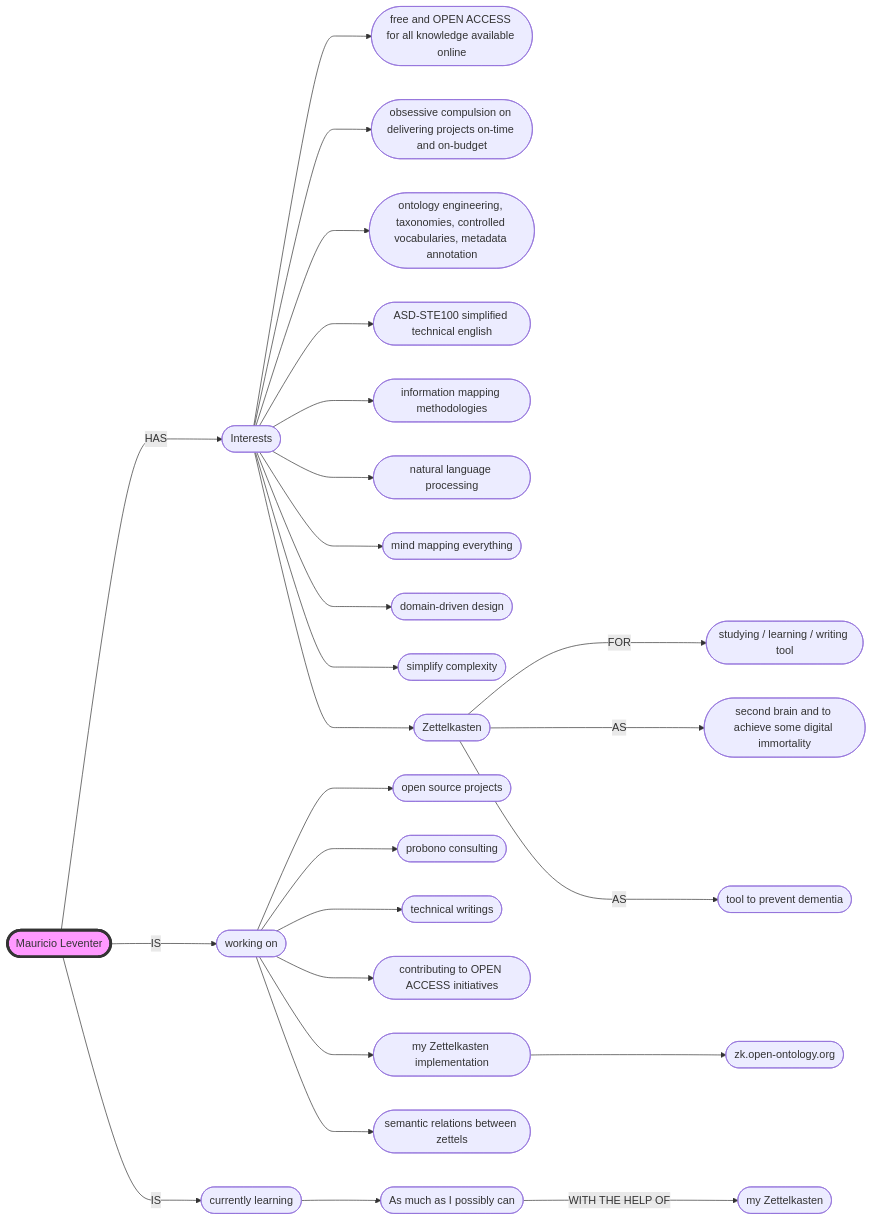
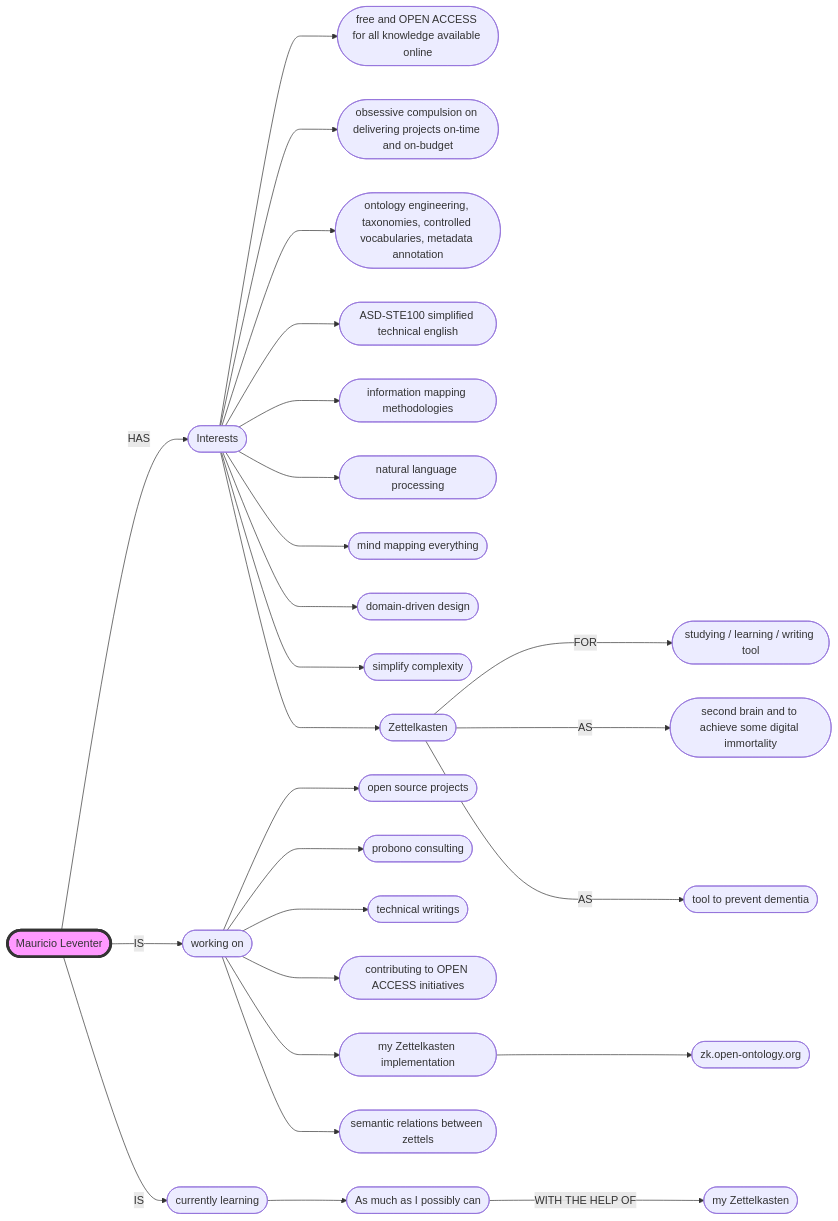
The diagram in README.md (mleventer/mleventer), drawn with Mermaid before and after one commit.

````diff
--- a/README.md
+++ b/README.md
@@ -4,29 +4,29 @@
 ```mermaid
 flowchart LR
-    A([Mauricio Leventer]) --->|HAS| B([Interests])
+    A([Mauricio Leventer]) -->|HAS| B([Interests])
     B ---> I1([free and OPEN ACCESS for all knowledge available online])
     B ---> I2([obsessive compulsion on delivering projects on-time and on-budget])
     B ---> I3([ontology engineering, taxonomies, controlled vocabularies, metadata annotation])
     B ---> I4([ASD-STE100 simplified technical english])
     B ---> I5([information mapping methodologies])
     B ---> I6([natural language processing])
     B ---> I7([mind mapping everything]) 
     B ---> I8([domain-driven design]) 
     B ---> I9([simplify complexity]) 
     B ---> J([Zettelkasten])
     J --->|FOR| J1([studying / learning / writing tool]) 
     J --->|AS| J2([second brain and to achieve some digital immortality]) 
     J --->|AS| J3([tool to prevent dementia])
-    A --->|IS| C([working on])
+    A -->|IS| C([working on])
     C ---> C1([open source projects])
     C ---> C2([probono consulting])
     C ---> C3([technical writings])
     C ---> C4([contributing to OPEN ACCESS initiatives])
     C ---> H([my Zettelkasten implementation])
     H ---> H1([zk.open-ontology.org])
     C ---> H2([semantic relations between zettels])
-    A --->|IS| D([currently learning])
+    A -->|IS| D([currently learning])
     D ---> D1([As much as I possibly can])
     D1 --->|WITH THE HELP OF| D2([my Zettelkasten])
     style A fill:#f9f,stroke:#333,stroke-width:4px
 ```
````
